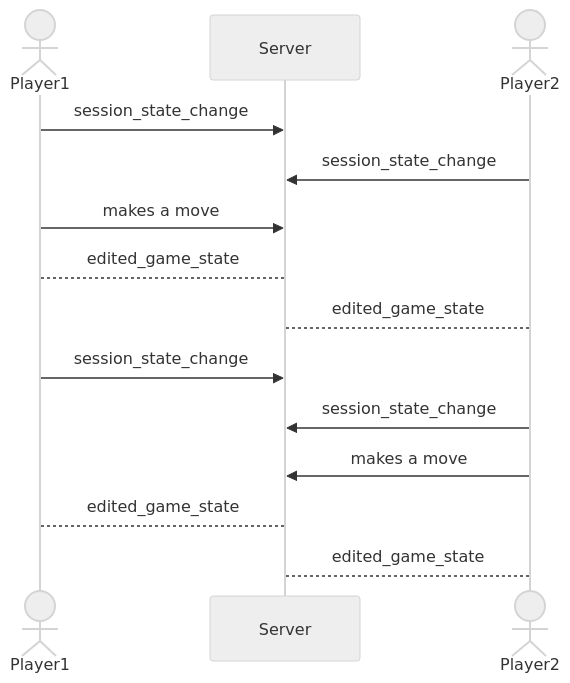
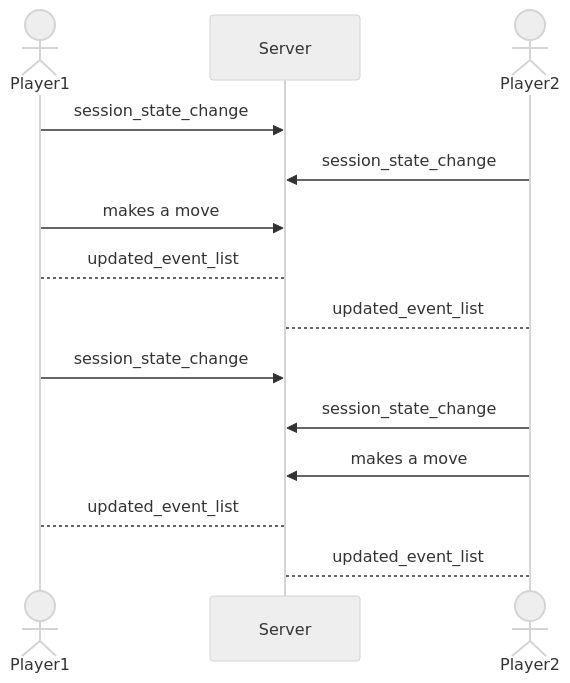
The sixth of 6 diagrams in docs/http_api.md (LeeDoor/game_webserver), drawn with Mermaid (neutral theme) before and after one commit. The commit also changed other lines of this file and 3 other files, not shown here.

````diff
--- a/docs/http_api.md
+++ b/docs/http_api.md
@@ -520,17 +520,17 @@
 ```mermaid
 sequenceDiagram
 	actor Player1
 	participant Server
 	actor Player2
 	Player1 ->> Server: session_state_change
 	Player2 ->> Server: session_state_change
 	Player1 ->> Server: makes a move
-	Server --> Player1: edited_game_state
-	Server --> Player2: edited_game_state
+	Server --> Player1: updated_event_list
+	Server --> Player2: updated_event_list
 	Player1 ->> Server: session_state_change
 	Player2 ->> Server: session_state_change
 	Player2 ->> Server: makes a move
-	Server --> Player1: edited_game_state
-	Server --> Player2: edited_game_state
+	Server --> Player1: updated_event_list
+	Server --> Player2: updated_event_list
 	
 ```
````
